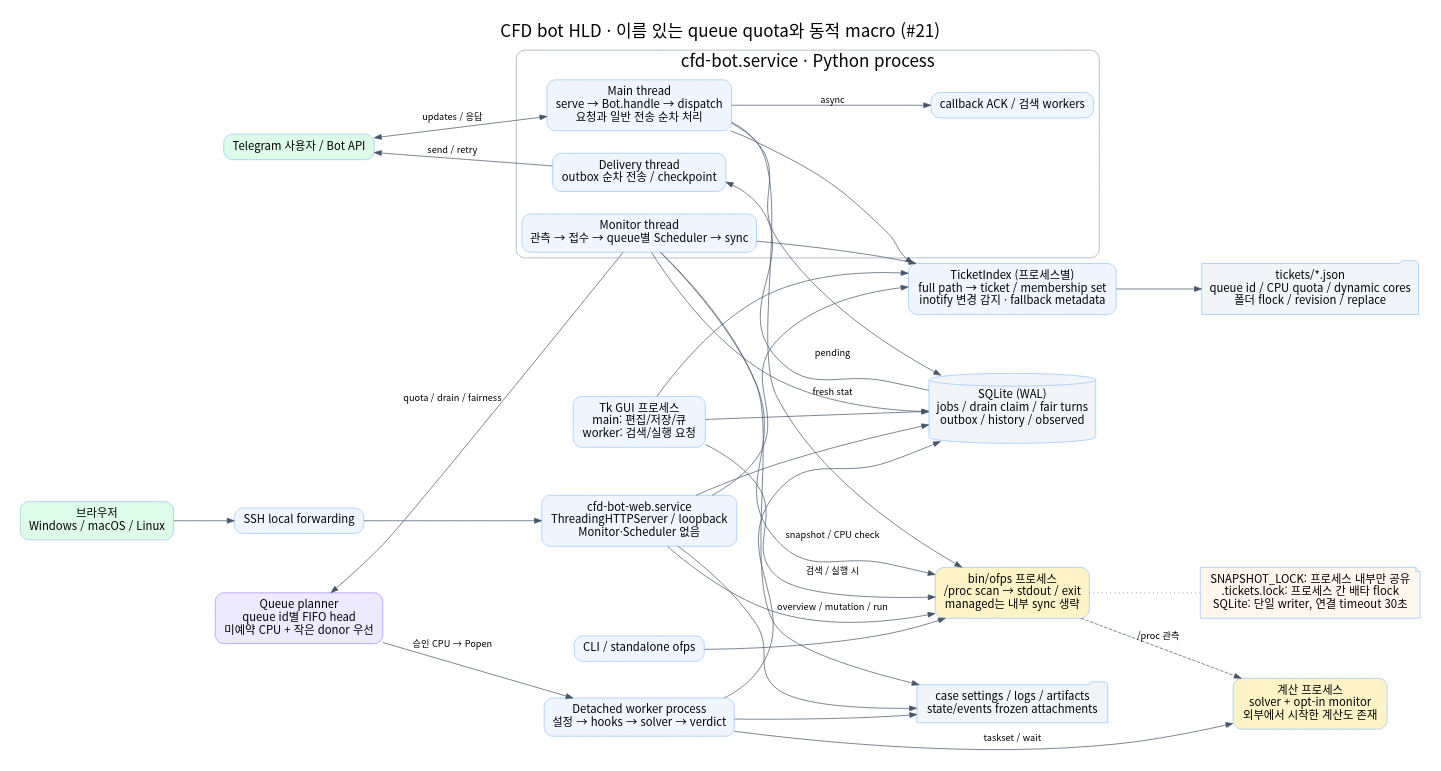
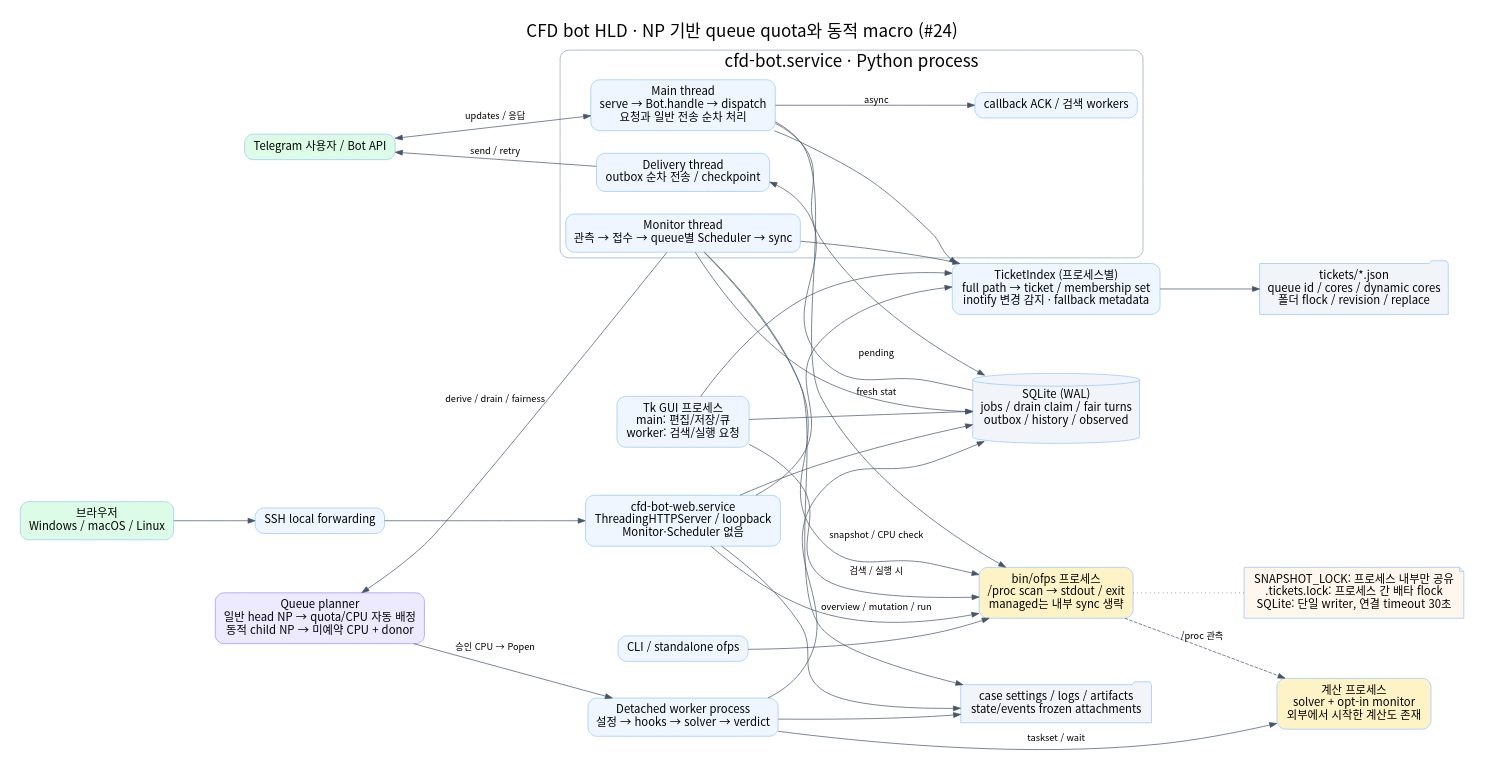
The diagram in docs/diagrams/system-hld.dot (jo0n-lab/cfd-bot), drawn with Graphviz before and after one commit. The commit also changed 51 other files, not shown here.

Commit message:
Derive queue quotas from case cores

```diff
--- a/docs/diagrams/system-hld.dot
+++ b/docs/diagrams/system-hld.dot
@@ -1,43 +1,43 @@
 digraph system {
- graph [rankdir=LR,bgcolor="white",pad=0.3,nodesep=0.45,ranksep=0.8,fontname="Noto Sans CJK KR",fontsize=24,label="CFD bot HLD · 이름 있는 queue quota와 동적 macro (#21)",labelloc=t];
+ graph [rankdir=LR,bgcolor="white",pad=0.3,nodesep=0.45,ranksep=0.8,fontname="Noto Sans CJK KR",fontsize=24,label="CFD bot HLD · NP 기반 queue quota와 동적 macro (#24)",labelloc=t];
  node [shape=box,style="rounded,filled",fillcolor="#eff6ff",color="#93c5fd",fontname="Noto Sans CJK KR",fontsize=16,margin="0.18,0.12"];
  edge [fontname="Noto Sans CJK KR",fontsize=13,color="#475569"];
  tg [label="Telegram 사용자 / Bot API",fillcolor="#dcfce7"];
  browser [label="브라우저\nWindows / macOS / Linux",fillcolor="#dcfce7"];
  ssh [label="SSH local forwarding"];
  gui [label="Tk GUI 프로세스\nmain: 편집/저장/큐\nworker: 검색/실행 요청"];
  cli [label="CLI / standalone ofps"];
  subgraph cluster_bot {
   label="cfd-bot.service · Python process";color="#94a3b8";style=rounded;
   main [label="Main thread\nserve → Bot.handle → dispatch\n요청과 일반 전송 순차 처리"];
   mon [label="Monitor thread\n관측 → 접수 → queue별 Scheduler → sync"];
   delivery [label="Delivery thread\noutbox 순차 전송 / checkpoint"];
   ack [label="callback ACK / 검색 workers"];
  }
  web [label="cfd-bot-web.service\nThreadingHTTPServer / loopback\nMonitor·Scheduler 없음"];
  scan [label="bin/ofps 프로세스\n/proc scan → stdout / exit\nmanaged는 내부 sync 생략",fillcolor="#fef3c7"];
  worker [label="Detached worker process\n설정 → hooks → solver → verdict"];
  calc [label="계산 프로세스\nsolver + opt-in monitor\n외부에서 시작한 계산도 존재",fillcolor="#fef3c7"];
  db [shape=cylinder,label="SQLite (WAL)\njobs / drain claim / fair turns\noutbox / history / observed",fillcolor="#f1f5f9"];
- tickets [shape=folder,label="tickets/*.json\nqueue id / CPU quota / dynamic cores\n폴더 flock / revision / replace",fillcolor="#f1f5f9"];
+ tickets [shape=folder,label="tickets/*.json\nqueue id / cores / dynamic cores\n폴더 flock / revision / replace",fillcolor="#f1f5f9"];
  files [shape=folder,label="case settings / logs / artifacts\nstate/events frozen attachments",fillcolor="#f1f5f9"];
  tg -> main [label="updates / 응답",dir=both];main -> ack [label="async"];
  browser -> ssh -> web;
  main -> scan [label="fresh stat"];
  mon -> scan [label="snapshot / CPU check"];
  web -> scan [label="overview / mutation / run"];
  gui -> scan [label="검색 / 실행 시"];
  cli -> scan;
- planner [label="Queue planner\nqueue id별 FIFO head\n미예약 CPU + 작은 donor 우선",fillcolor="#ede9fe",color="#a78bfa"];
- mon -> planner [label="quota / drain / fairness"];
+ planner [label="Queue planner\n일반 head NP → quota/CPU 자동 배정\n동적 child NP → 미예약 CPU + donor",fillcolor="#ede9fe",color="#a78bfa"];
+ mon -> planner [label="derive / drain / fairness"];
  planner -> worker [label="승인 CPU → Popen"];
  worker -> calc [label="taskset / wait"];
  scan -> calc [label="/proc 관측",style=dashed];
  main -> db;mon -> db;web -> db;gui -> db;worker -> db;
  db -> delivery [label="pending"];delivery -> tg [label="send / retry"];
  index [label="TicketIndex (프로세스별)\nfull path → ticket / membership set\ninotify 변경 감지 · fallback metadata"];
  main -> index;mon -> index;web -> index;gui -> index;index -> tickets;
  worker -> files;mon -> files;web -> files;
  note [shape=note,label="SNAPSHOT_LOCK: 프로세스 내부만 공유\n.tickets.lock: 프로세스 간 배타 flock\nSQLite: 단일 writer, 연결 timeout 30초",fillcolor="#fff7ed"];
  scan -> note [style=dotted,arrowhead=none];
 }
```
